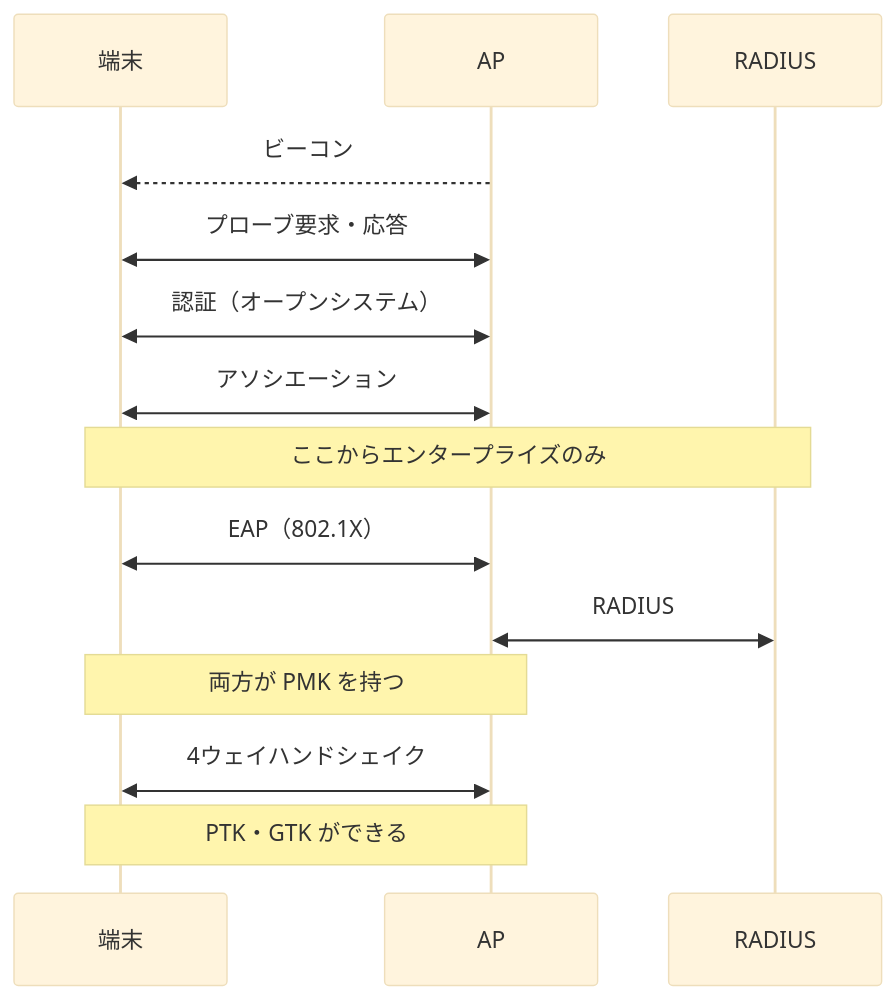
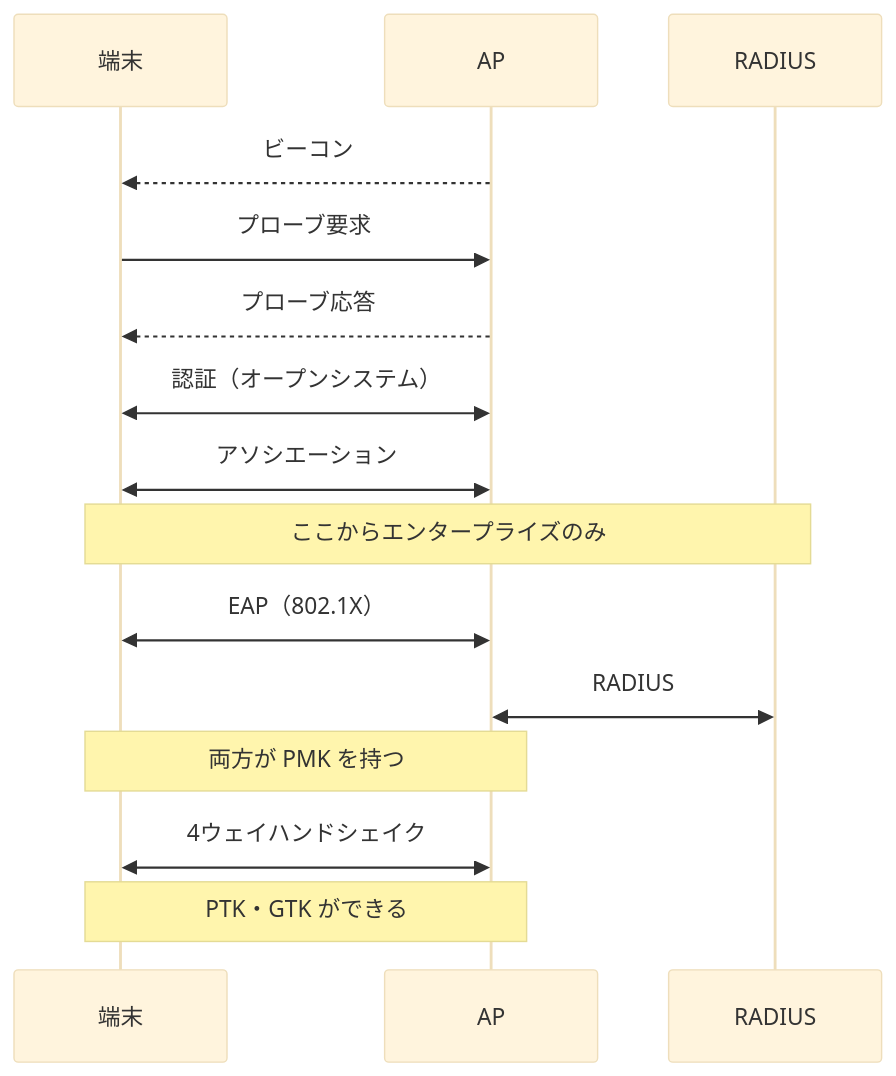
Before and after one commit to nnnaanaa/document: the diagram in network/lan/wifi-cheatsheet.md, drawn with Mermaid (base theme).

Commit message:
無線LAN暗記シートの接続の流れの図で、プローブ要求と応答の矢印を分ける

````diff
--- a/network/lan/wifi-cheatsheet.md
+++ b/network/lan/wifi-cheatsheet.md
@@ -87,16 +87,17 @@
 ```mermaid
 sequenceDiagram
   participant T as 端末
   participant AP as AP
   participant R as RADIUS
   AP-->>T: ビーコン
-  T<<->>AP: プローブ要求・応答
+  T->>AP: プローブ要求
+  AP-->>T: プローブ応答
   T<<->>AP: 認証（オープンシステム）
   T<<->>AP: アソシエーション
   Note over T,R: ここからエンタープライズのみ
   T<<->>AP: EAP（802.1X）
   AP<<->>R: RADIUS
   Note over T,AP: 両方が PMK を持つ
   T<<->>AP: 4ウェイハンドシェイク
   Note over T,AP: PTK・GTK ができる
 ```
````
